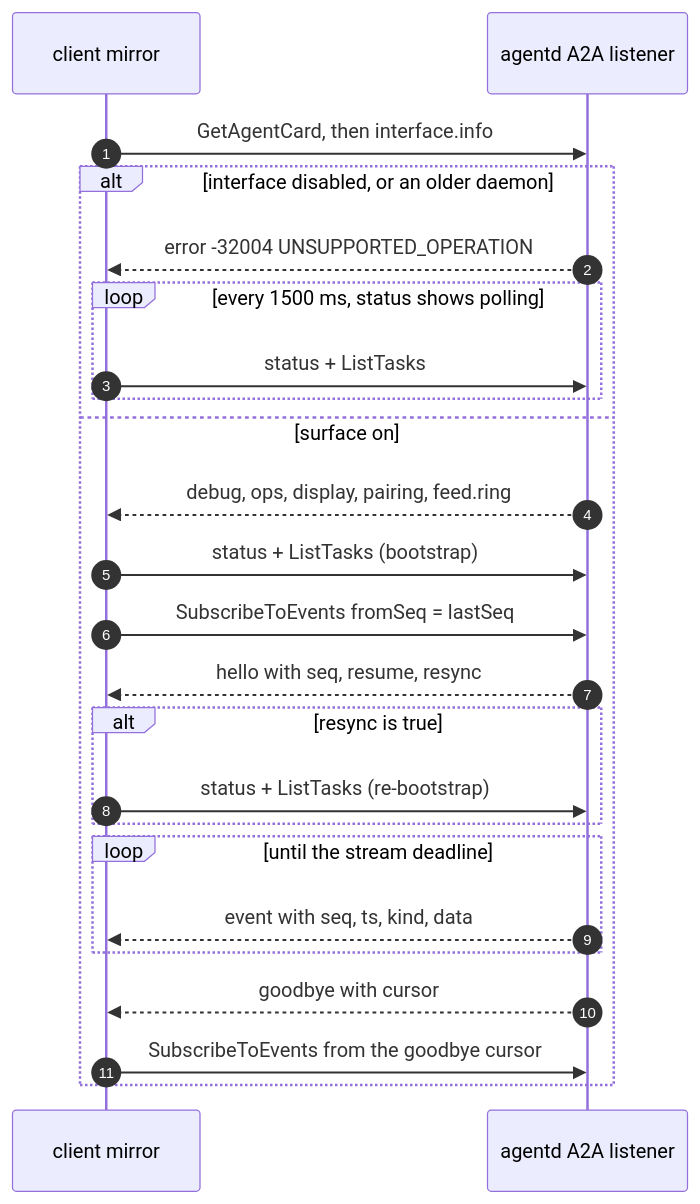
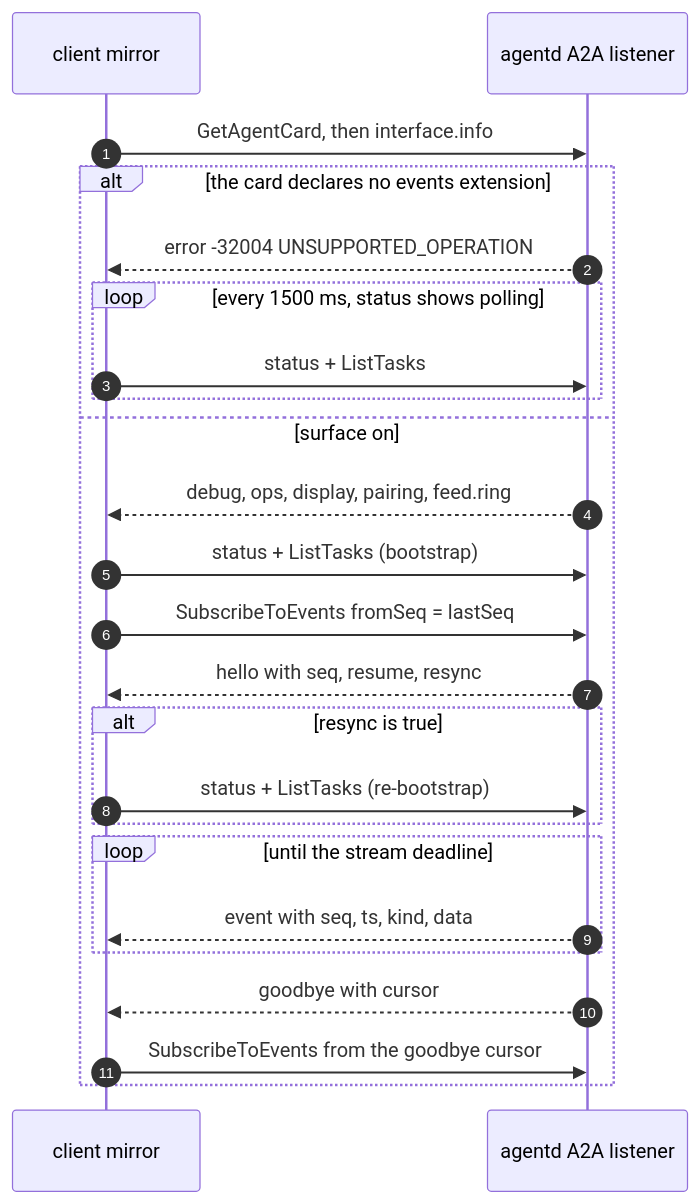
Before and after one commit to agentd-dev/source-code: the second of 3 diagrams in docs/experience.md, drawn with Mermaid. The commit also changed other lines of this file and 39 other files, not shown here.

````diff
--- a/docs/experience.md
+++ b/docs/experience.md
@@ -290,26 +286,26 @@
 ```mermaid
 sequenceDiagram
   autonumber
   participant C as client mirror
   participant D as agentd A2A listener
   C->>D: GetAgentCard, then interface.info
-  alt interface disabled, or an older daemon
+  alt the card declares no events extension
     D-->>C: error -32004 UNSUPPORTED_OPERATION
     loop every 1500 ms, status shows polling
       C->>D: status + ListTasks
     end
   else surface on
     D-->>C: debug, ops, display, pairing, feed.ring
     C->>D: status + ListTasks (bootstrap)
     C->>D: SubscribeToEvents fromSeq = lastSeq
     D-->>C: hello with seq, resume, resync
     alt resync is true
       C->>D: status + ListTasks (re-bootstrap)
     end
     loop until the stream deadline
       D-->>C: event with seq, ts, kind, data
     end
     D-->>C: goodbye with cursor
     C->>D: SubscribeToEvents from the goodbye cursor
   end
 ```
````
